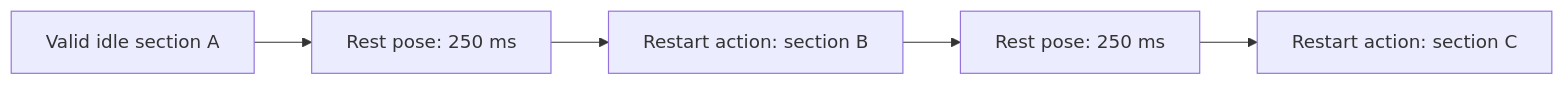
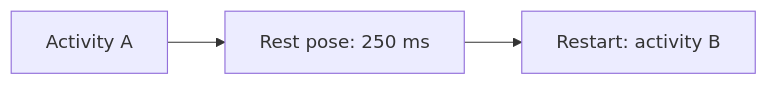
The second of 2 diagrams in README.md (nynexman4464/office-assistant-exporter), drawn with Mermaid before and after one commit. The commit also changed other lines of this file, not shown here.

Commit message:
Simplify idle explanation and trim setup instructions

````diff
--- a/README.md
+++ b/README.md
@@ -149,7 +126,5 @@
 ```mermaid
 flowchart LR
-    A[Valid idle section A] --> R1[Rest pose: 250 ms]
-    R1 --> B[Restart action: section B]
-    B --> R2[Rest pose: 250 ms]
-    R2 --> C[Restart action: section C]
+    A[Activity A] --> R[Rest pose: 250 ms]
+    R --> B[Restart: activity B]
 ```
````
